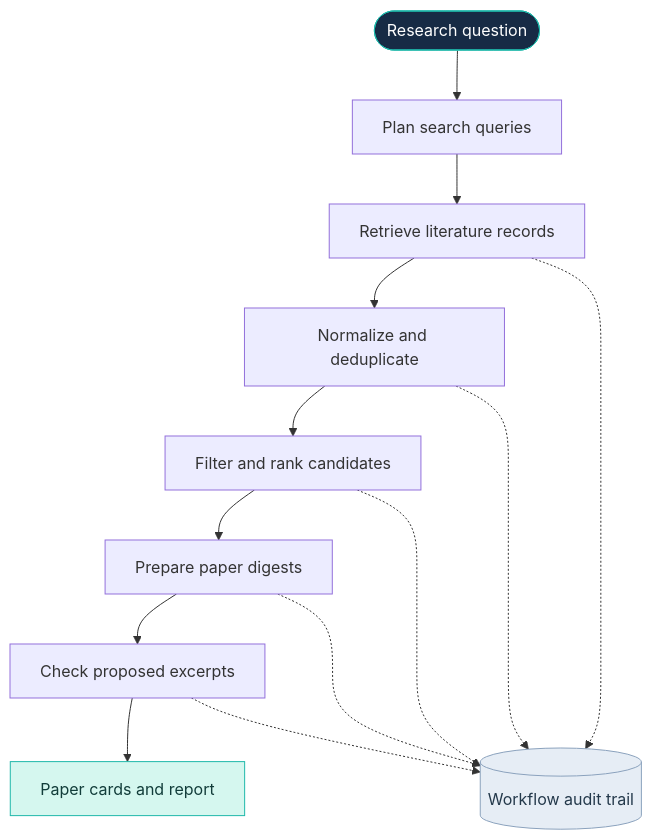
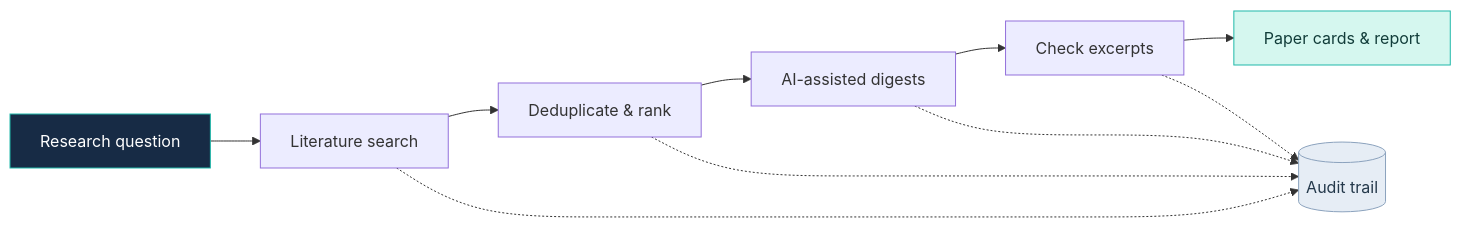
The diagram in README.md (samavinasir/tracereview), drawn with Mermaid before and after one commit. The commit also changed other lines of this file, not shown here.

````diff
--- a/README.md
+++ b/README.md
@@ -153,20 +68,15 @@
 ```mermaid
-flowchart TD
-    A(["Research question"]) --> B["Plan search queries"]
-    B --> C["Retrieve literature records"]
-    C --> D["Normalize and deduplicate"]
-    D --> E["Filter and rank candidates"]
-    E --> F["Prepare paper digests"]
-    F --> G["Check proposed excerpts"]
-    G --> H["Paper cards and report"]
-
-    C -.-> I[("Workflow audit trail")]
-    D -.-> I
-    E -.-> I
-    F -.-> I
-    G -.-> I
-
-    style A fill:#172B45,color:#FFFFFF,stroke:#20B8AA
-    style H fill:#D5F7EF,color:#123D3A,stroke:#20B8AA
-    style I fill:#E6EDF5,color:#24394B,stroke:#8BA2BD
+flowchart LR
+    A[Research question] --> B[Literature search]
+    B --> C[Deduplicate & rank]
+    C --> D[AI-assisted digests]
+    D --> E[Check excerpts]
+    E --> F[Paper cards & report]
+    B -.-> G[(Audit trail)]
+    C -.-> G
+    D -.-> G
+    E -.-> G
+    style A fill:#172b45,color:#fff,stroke:#20b8aa
+    style F fill:#d5f7ef,color:#123d3a,stroke:#20b8aa
+    style G fill:#e6edf5,color:#24394b,stroke:#8ba2bd
 ```
````
